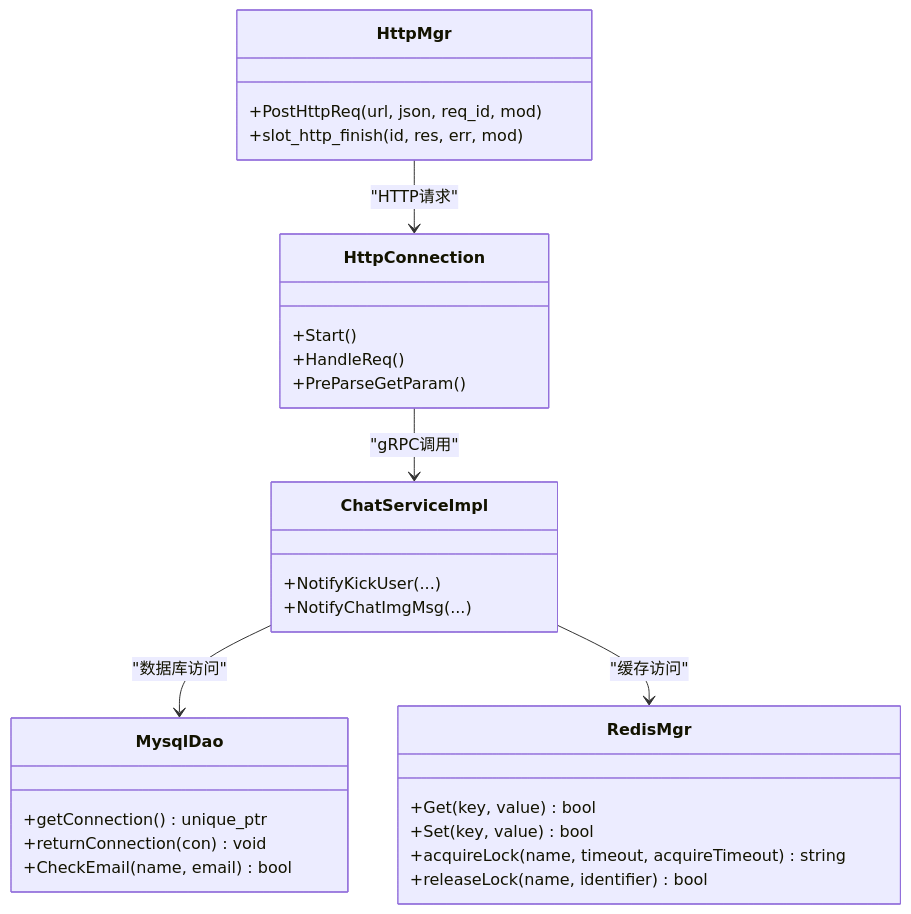
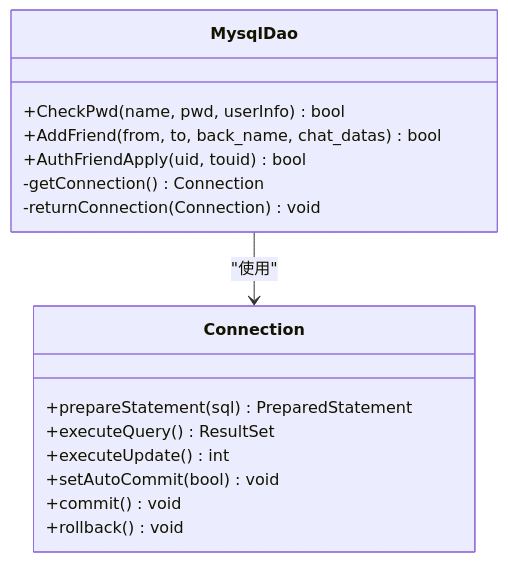
One commit to echo9923/mychatter changed the fourth of 7 diagrams in .qoder/repowiki/zh/content/安全设计/数据安全保护/数据安全保护.md. Above: the diagram before and after it, drawn with Mermaid. The commit also changed other lines of this file and 526 other files, not shown here.

````diff
--- a/.qoder/repowiki/zh/content/安全设计/数据安全保护/数据安全保护.md
+++ b/.qoder/repowiki/zh/content/安全设计/数据安全保护/数据安全保护.md
@@ -333,31 +170,19 @@
 ```mermaid
 classDiagram
-class HttpMgr {
-+PostHttpReq(url, json, req_id, mod)
-+slot_http_finish(id, res, err, mod)
+class MysqlDao {
++CheckPwd(name, pwd, userInfo) bool
++AddFriend(from, to, back_name, chat_datas) bool
++AuthFriendApply(uid, touid) bool
+-getConnection() Connection
+-returnConnection(Connection) void
 }
-class HttpConnection {
-+Start()
-+HandleReq()
-+PreParseGetParam()
+class Connection {
++prepareStatement(sql) PreparedStatement
++executeQuery() ResultSet
++executeUpdate() int
++setAutoCommit(bool) void
++commit() void
++rollback() void
 }
-class RedisMgr {
-+Get(key, value) bool
-+Set(key, value) bool
-+acquireLock(name, timeout, acquireTimeout) string
-+releaseLock(name, identifier) bool
-}
-class MysqlDao {
-+getConnection() unique_ptr<SqlConnection>
-+returnConnection(con) void
-+CheckEmail(name, email) bool
-}
-class ChatServiceImpl {
-+NotifyKickUser(...)
-+NotifyChatImgMsg(...)
-}
-HttpMgr --> HttpConnection : "HTTP请求"
-HttpConnection --> ChatServiceImpl : "gRPC调用"
-ChatServiceImpl --> MysqlDao : "数据库访问"
-ChatServiceImpl --> RedisMgr : "缓存访问"
+MysqlDao --> Connection : "使用"
 ```
````
